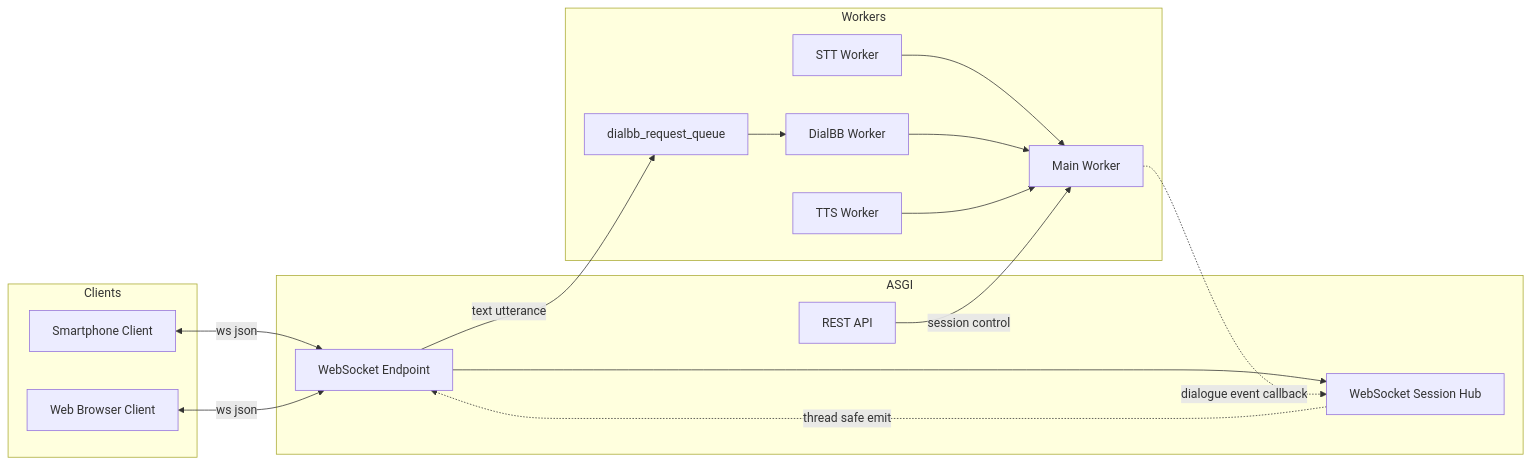
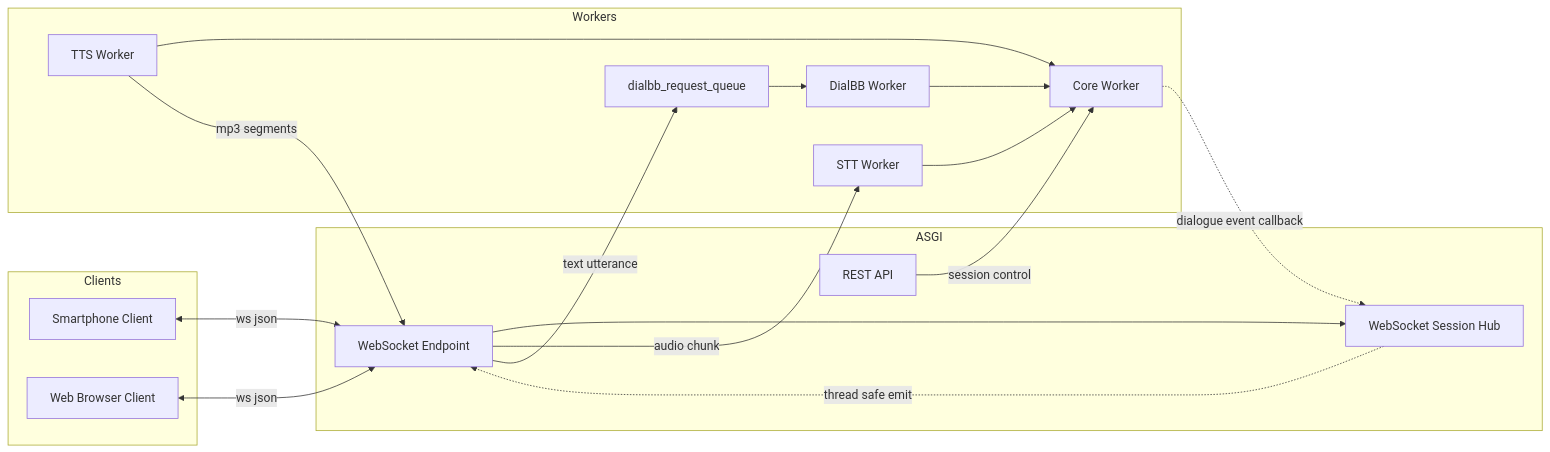
The first of 2 diagrams in dialbb/multimodal/PHASE2_API.md (c4a-ri/dialbb), drawn with Mermaid before and after one commit. The commit also changed other lines of this file and 7 other files, not shown here.

````diff
--- a/dialbb/multimodal/PHASE2_API.md
+++ b/dialbb/multimodal/PHASE2_API.md
@@ -201,36 +240,38 @@
 ```mermaid
 flowchart LR
   subgraph Clients
     SP[Smartphone Client]
     WB[Web Browser Client]
   end
 
   subgraph ASGI
     WS[WebSocket Endpoint]
     HUB[WebSocket Session Hub]
     REST[REST API]
   end
 
   subgraph Workers
-    MAIN[Main Worker]
+    CORE[Core Worker]
     STT[STT Worker]
     DIALBB[DialBB Worker]
     TTS[TTS Worker]
     QREQ[dialbb_request_queue]
   end
 
   SP <-->|ws json| WS
   WB <-->|ws json| WS
   WS --> HUB
 
-  REST -->|session control| MAIN
+  REST -->|session control| CORE
+  WS -->|audio chunk| STT
   WS -->|text utterance| QREQ
   QREQ --> DIALBB
 
-  STT --> MAIN
-  DIALBB --> MAIN
-  TTS --> MAIN
+  STT --> CORE
+  DIALBB --> CORE
+  TTS --> CORE
+  TTS -->|mp3 segments| WS
 
-  MAIN -. dialogue event callback .-> HUB
+  CORE -. dialogue event callback .-> HUB
   HUB -. thread safe emit .-> WS
 ```
````
